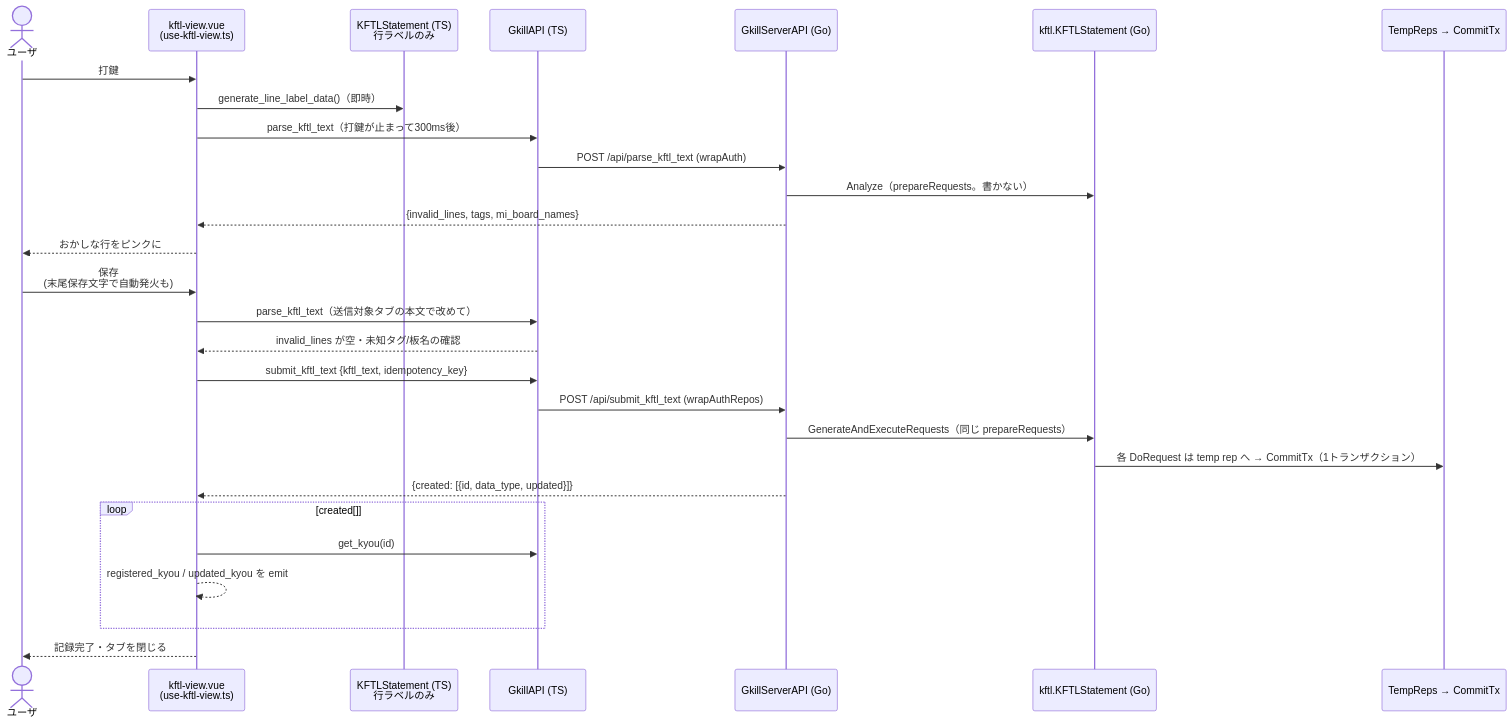
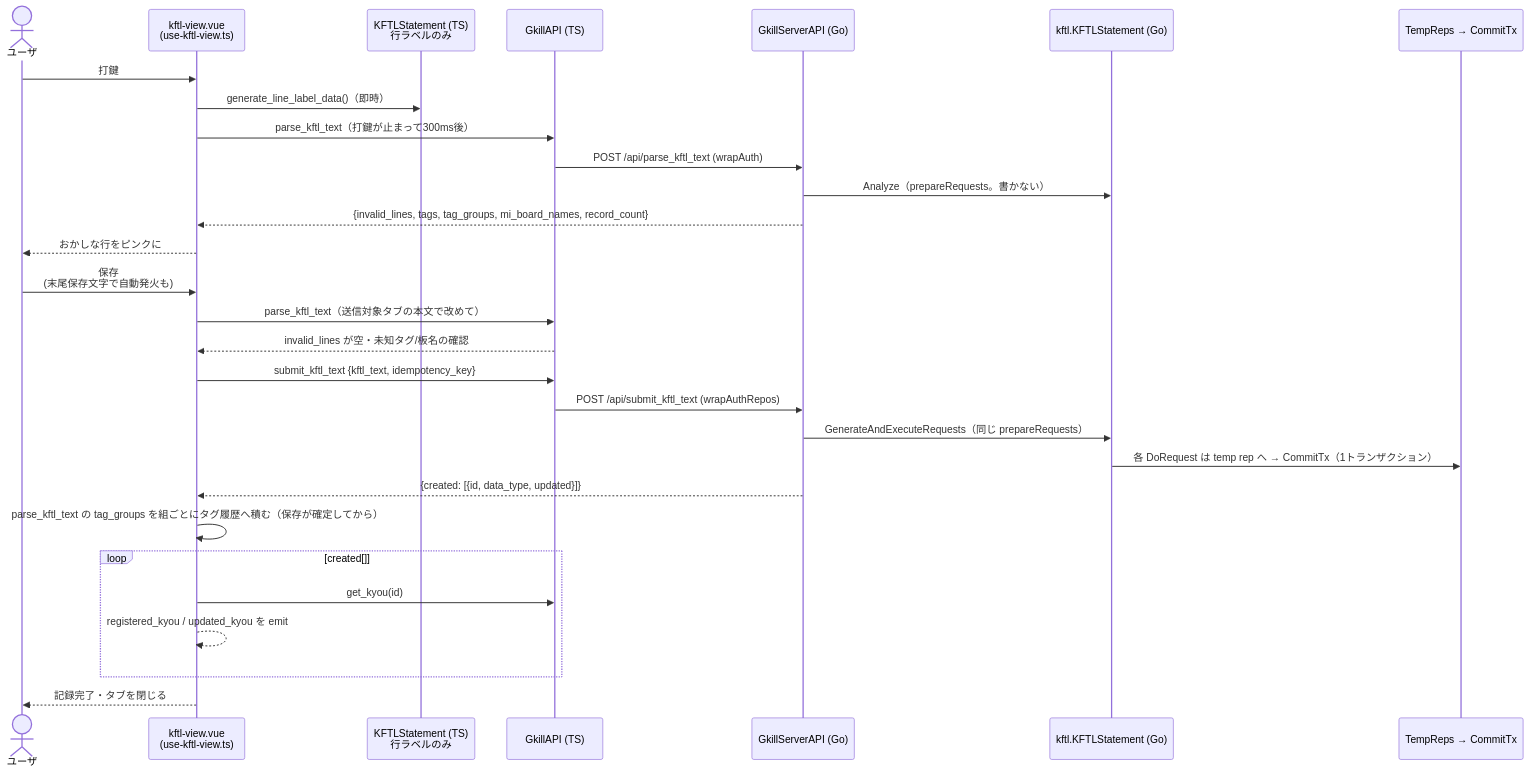
The fifth of 25 diagrams in documents/reverse/scenario.md (mt3hr/gkill), drawn with Mermaid before and after one commit. The commit also changed other lines of this file and 38 other files, not shown here.

````diff
--- a/documents/reverse/scenario.md
+++ b/documents/reverse/scenario.md
@@ -191,31 +191,32 @@
 ```mermaid
 sequenceDiagram
     actor User as ユーザ
     participant View as kftl-view.vue<br>(use-kftl-view.ts)
     participant Stmt as KFTLStatement (TS)<br>行ラベルのみ
     participant GkillAPI as GkillAPI (TS)
     participant API as GkillServerAPI (Go)
     participant KFTL as kftl.KFTLStatement (Go)
     participant Reps as TempReps → CommitTx
 
     User->>View: 打鍵
     View->>Stmt: generate_line_label_data()（即時）
     View->>GkillAPI: parse_kftl_text（打鍵が止まって300ms後）
     GkillAPI->>API: POST /api/parse_kftl_text (wrapAuth)
     API->>KFTL: Analyze（prepareRequests。書かない）
-    API-->>View: {invalid_lines, tags, mi_board_names}
+    API-->>View: {invalid_lines, tags, tag_groups, mi_board_names, record_count}
     View-->>User: おかしな行をピンクに
     User->>View: 保存<br>(末尾保存文字で自動発火も)
     View->>GkillAPI: parse_kftl_text（送信対象タブの本文で改めて）
     GkillAPI-->>View: invalid_lines が空・未知タグ/板名の確認
     View->>GkillAPI: submit_kftl_text {kftl_text, idempotency_key}
     GkillAPI->>API: POST /api/submit_kftl_text (wrapAuthRepos)
     API->>KFTL: GenerateAndExecuteRequests（同じ prepareRequests）
     KFTL->>Reps: 各 DoRequest は temp rep へ → CommitTx（1トランザクション）
     API-->>View: {created: [{id, data_type, updated}]}
+    View->>View: parse_kftl_text の tag_groups を組ごとにタグ履歴へ積む（保存が確定してから）
     loop created[]
         View->>GkillAPI: get_kyou(id)
         View-->>View: registered_kyou / updated_kyou を emit
     end
     View-->>User: 記録完了・タブを閉じる
 ```
````
